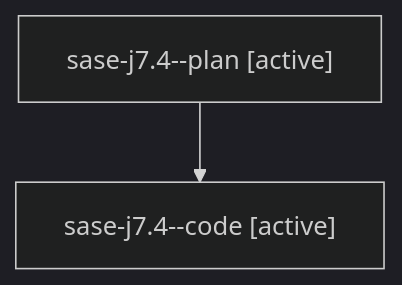
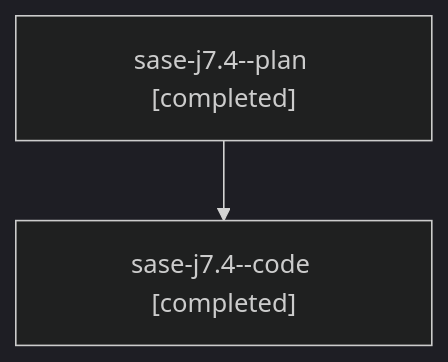
One commit to sase-org/sase--agents changed the diagram in families/bbugyi200.athena.sase-j7.4.md. Above: the diagram before and after it, drawn with Mermaid (dark theme). The commit also changed other lines of this file and 58 other files, not shown here.

````diff
--- a/families/bbugyi200.athena.sase-j7.4.md
+++ b/families/bbugyi200.athena.sase-j7.4.md
@@ -9,6 +9,6 @@
 ```mermaid
 flowchart TD
-  n0["sase-j7.4--plan [active]"]
-  n1["sase-j7.4--code [active]"]
+  n0["sase-j7.4--plan [completed]"]
+  n1["sase-j7.4--code [completed]"]
   n0 --> n1
 ```
````
